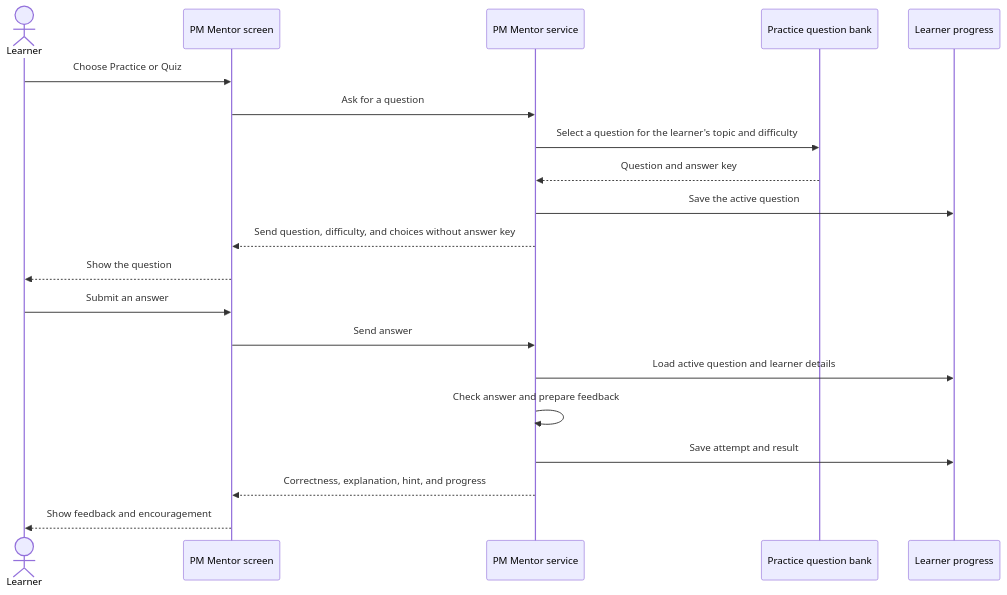
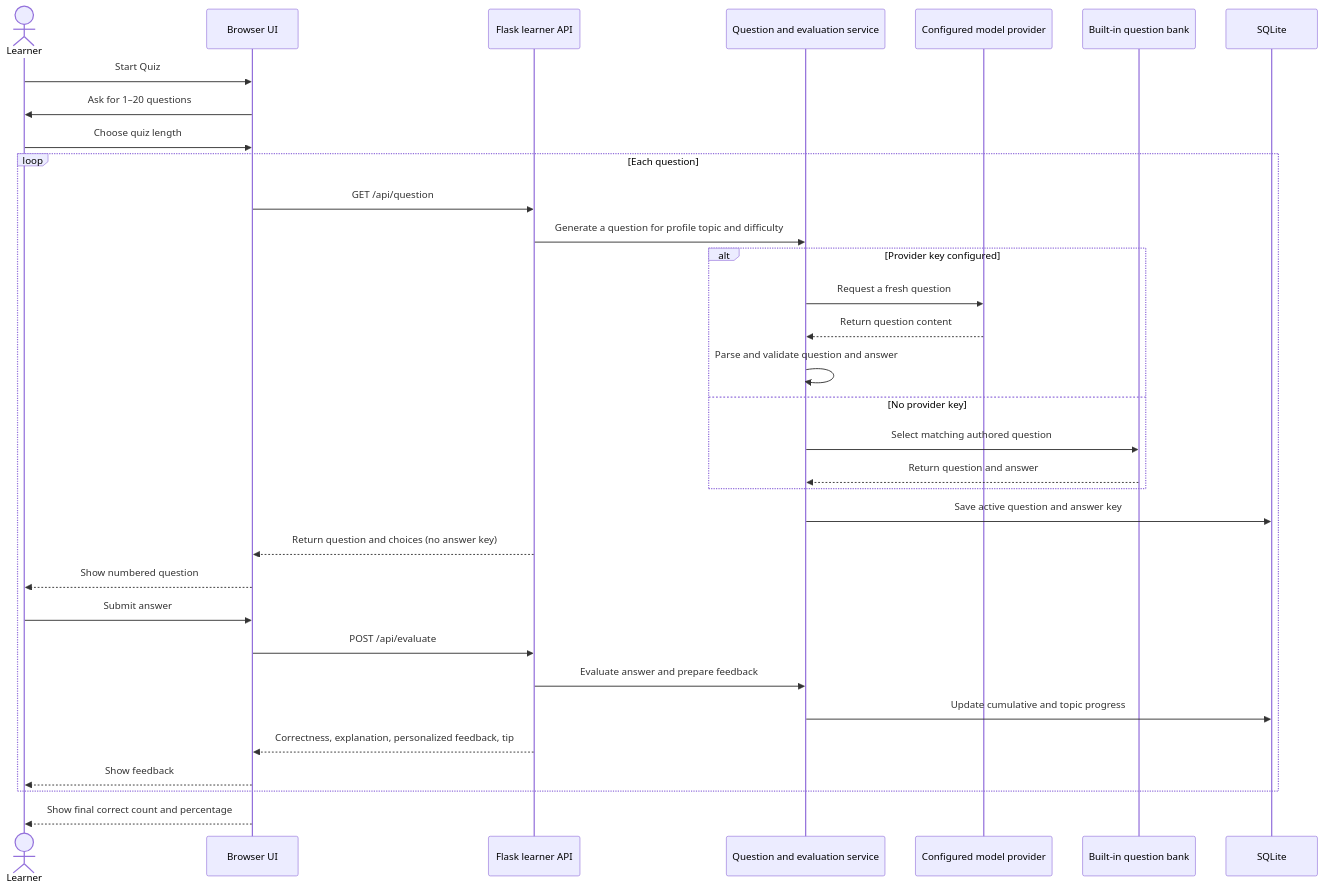
Before and after one commit to iteshwalia/ai-tutor-projectmanagement: the second of 3 diagrams in architecture.md, drawn with Mermaid. The commit also changed other lines of this file and 4 other files, not shown here.

Commit message:
Document technical architecture diagram

````diff
--- a/architecture.md
+++ b/architecture.md
@@ -52,24 +86,36 @@
 ```mermaid
 sequenceDiagram
     actor Learner
-    participant Browser as PM Mentor screen
-    participant App as PM Mentor service
-    participant Questions as Practice question bank
-    participant Progress as Learner progress
+    participant Browser as Browser UI
+    participant API as Flask learner API
+    participant Service as Question and evaluation service
+    participant Provider as Configured model provider
+    participant Bank as Built-in question bank
+    participant DB as SQLite
 
-    Learner->>Browser: Choose Practice or Quiz
-    Browser->>App: Ask for a question
-    App->>Questions: Select a question for the learner's topic and difficulty
-    Questions-->>App: Question and answer key
-    App->>Progress: Save the active question
-    App-->>Browser: Send question, difficulty, and choices without answer key
-    Browser-->>Learner: Show the question
-
-    Learner->>Browser: Submit an answer
-    Browser->>App: Send answer
-    App->>Progress: Load active question and learner details
-    App->>App: Check answer and prepare feedback
-    App->>Progress: Save attempt and result
-    App-->>Browser: Correctness, explanation, hint, and progress
-    Browser-->>Learner: Show feedback and encouragement
+    Learner->>Browser: Start Quiz
+    Browser->>Learner: Ask for 1–20 questions
+    Learner->>Browser: Choose quiz length
+    loop Each question
+        Browser->>API: GET /api/question
+        API->>Service: Generate a question for profile topic and difficulty
+        alt Provider key configured
+            Service->>Provider: Request a fresh question
+            Provider-->>Service: Return question content
+            Service->>Service: Parse and validate question and answer
+        else No provider key
+            Service->>Bank: Select matching authored question
+            Bank-->>Service: Return question and answer
+        end
+        Service->>DB: Save active question and answer key
+        API-->>Browser: Return question and choices (no answer key)
+        Browser-->>Learner: Show numbered question
+        Learner->>Browser: Submit answer
+        Browser->>API: POST /api/evaluate
+        API->>Service: Evaluate answer and prepare feedback
+        Service->>DB: Update cumulative and topic progress
+        API-->>Browser: Correctness, explanation, personalized feedback, tip
+        Browser-->>Learner: Show feedback
+    end
+    Browser-->>Learner: Show final correct count and percentage
 ```
````
